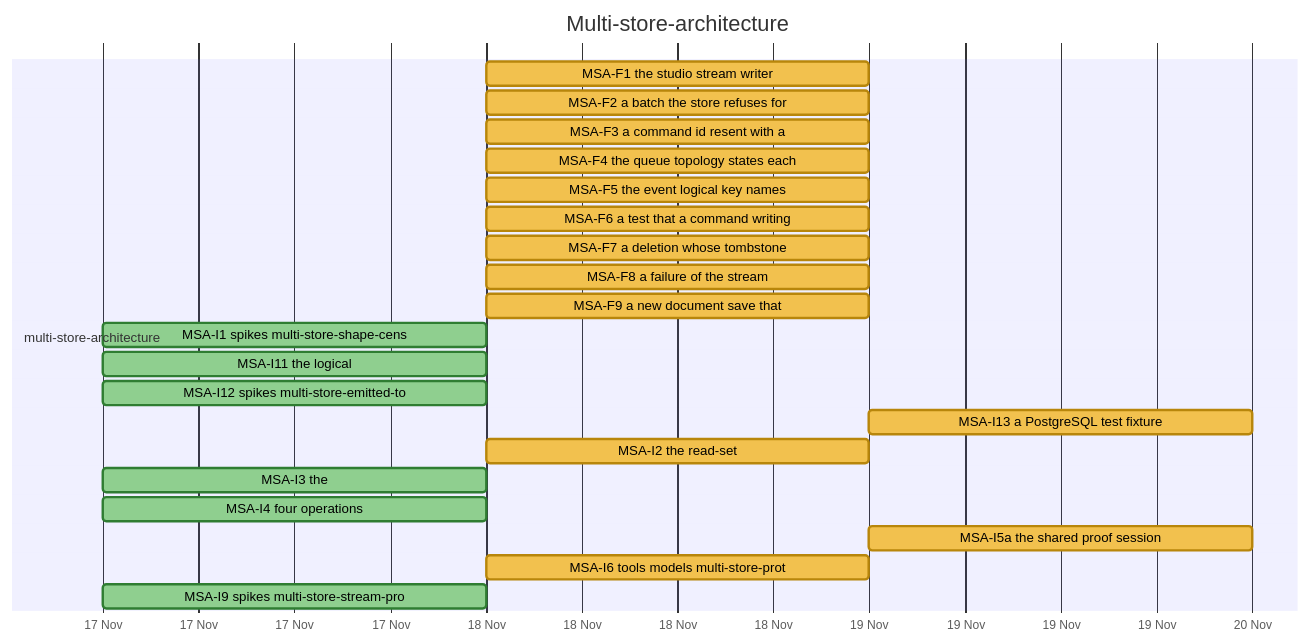
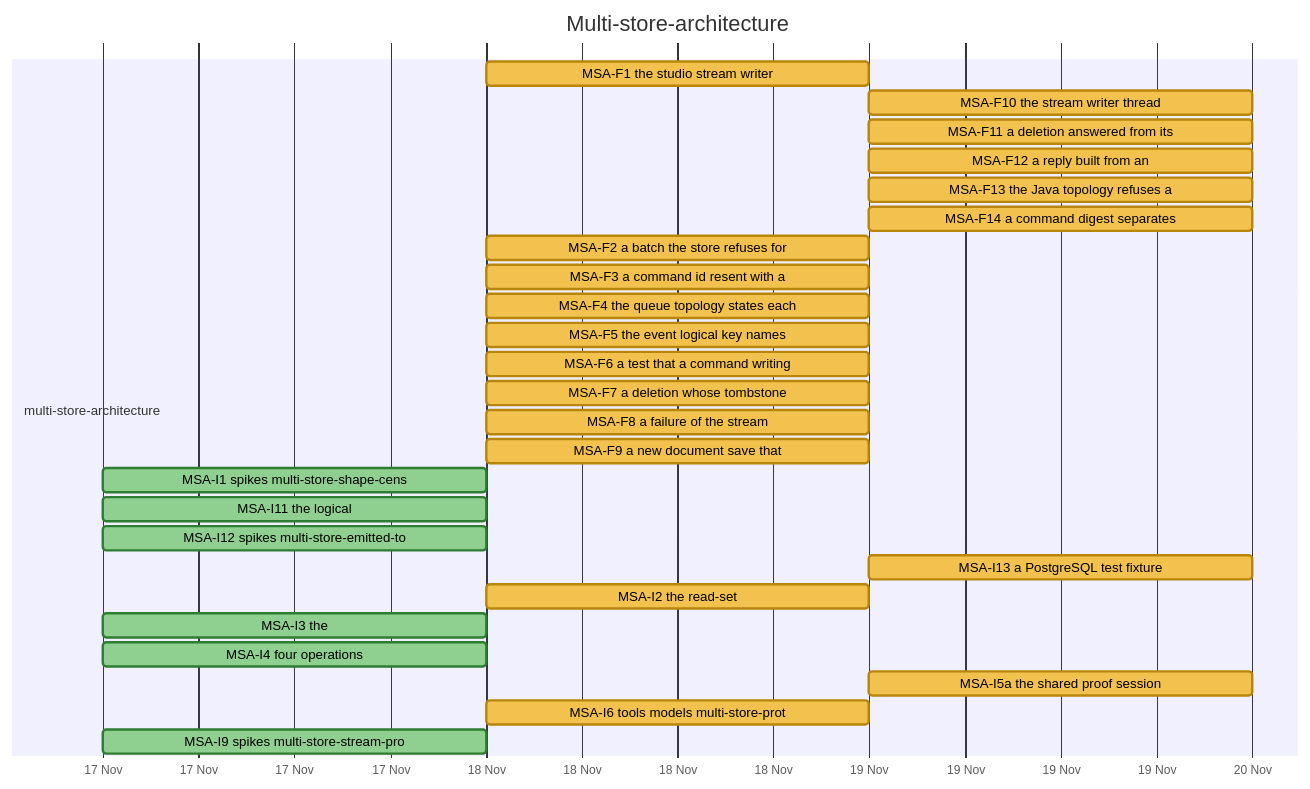
One commit to nebularis/lattice changed diagram 11 of 32 in docs/developer/ROADMAP.md. Above: the diagram before and after it, drawn with Mermaid. The commit also changed other lines of this file and 2 other files, not shown here.

````diff
--- a/docs/developer/ROADMAP.md
+++ b/docs/developer/ROADMAP.md
@@ -372,27 +372,32 @@
 ```mermaid
 %%{init: {"themeVariables": {"taskBkgColor": "#f2c14e", "taskBorderColor": "#b8860b", "taskTextColor": "#000000", "activeTaskBkgColor": "#4e9af1", "activeTaskBorderColor": "#1f5fbf", "activeTaskBorderColor": "#1f5fbf", "doneTaskBkgColor": "#8fcf8f", "doneTaskBorderColor": "#2f7d32", "critBkgColor": "#f28b82", "critBorderColor": "#b23a30", "taskTextDarkColor": "#000000", "taskTextLightColor": "#000000"}}}%%
 gantt
     title Multi-store-architecture
     dateFormat YYYY-MM-DD
     axisFormat %d %b
     section multi-store-architecture
     MSA-F1 the studio stream writer :msaf1, 2026-11-18, 2026-11-19
+    MSA-F10 the stream writer thread :msaf10, 2026-11-19, 2026-11-20
+    MSA-F11 a deletion answered from its :msaf11, 2026-11-19, 2026-11-20
+    MSA-F12 a reply built from an :msaf12, 2026-11-19, 2026-11-20
+    MSA-F13 the Java topology refuses a :msaf13, 2026-11-19, 2026-11-20
+    MSA-F14 a command digest separates :msaf14, 2026-11-19, 2026-11-20
     MSA-F2 a batch the store refuses for :msaf2, 2026-11-18, 2026-11-19
     MSA-F3 a command id resent with a :msaf3, 2026-11-18, 2026-11-19
     MSA-F4 the queue topology states each :msaf4, 2026-11-18, 2026-11-19
     MSA-F5 the event logical key names :msaf5, 2026-11-18, 2026-11-19
     MSA-F6 a test that a command writing :msaf6, 2026-11-18, 2026-11-19
     MSA-F7 a deletion whose tombstone :msaf7, 2026-11-18, 2026-11-19
     MSA-F8 a failure of the stream :msaf8, 2026-11-18, 2026-11-19
     MSA-F9 a new document save that :msaf9, 2026-11-18, 2026-11-19
     MSA-I1 spikes multi-store-shape-cens :done, msai1, 2026-11-17, 2026-11-18
     MSA-I11 the logical :done, msai11, 2026-11-17, 2026-11-18
     MSA-I12 spikes multi-store-emitted-to :done, msai12, 2026-11-17, 2026-11-18
     MSA-I13 a PostgreSQL test fixture :msai13, 2026-11-19, 2026-11-20
     MSA-I2 the read-set :msai2, 2026-11-18, 2026-11-19
     MSA-I3 the :done, msai3, 2026-11-17, 2026-11-18
     MSA-I4 four operations :done, msai4, 2026-11-17, 2026-11-18
     MSA-I5a the shared proof session :msai5a, 2026-11-19, 2026-11-20
     MSA-I6 tools models multi-store-prot :msai6, 2026-11-18, 2026-11-19
     MSA-I9 spikes multi-store-stream-pro :done, msai9, 2026-11-17, 2026-11-18
 ```
````
